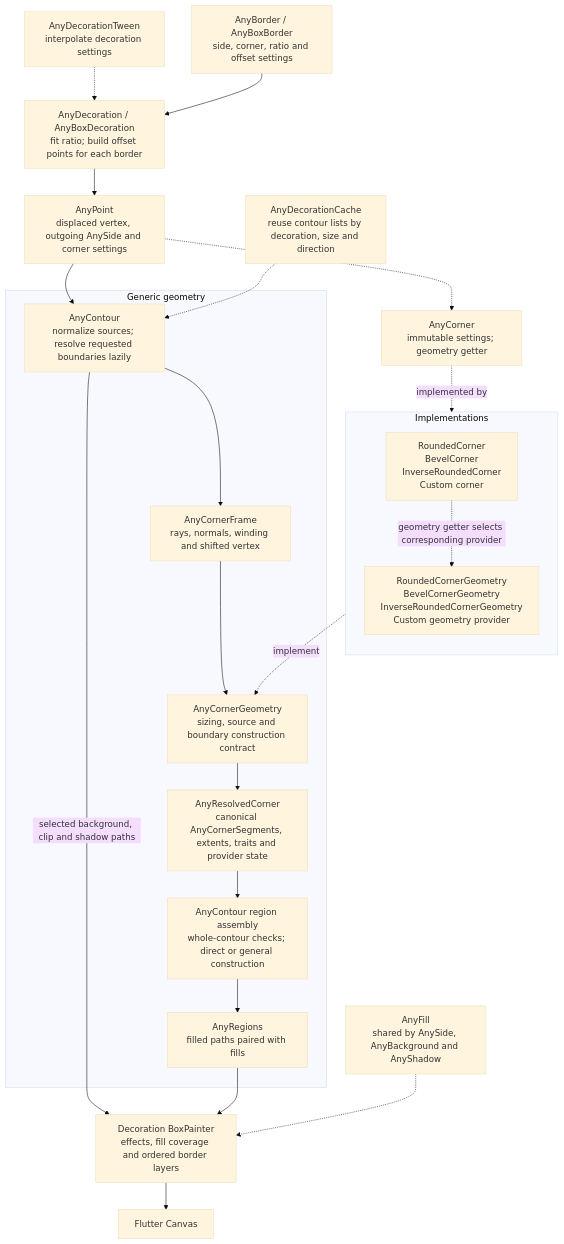
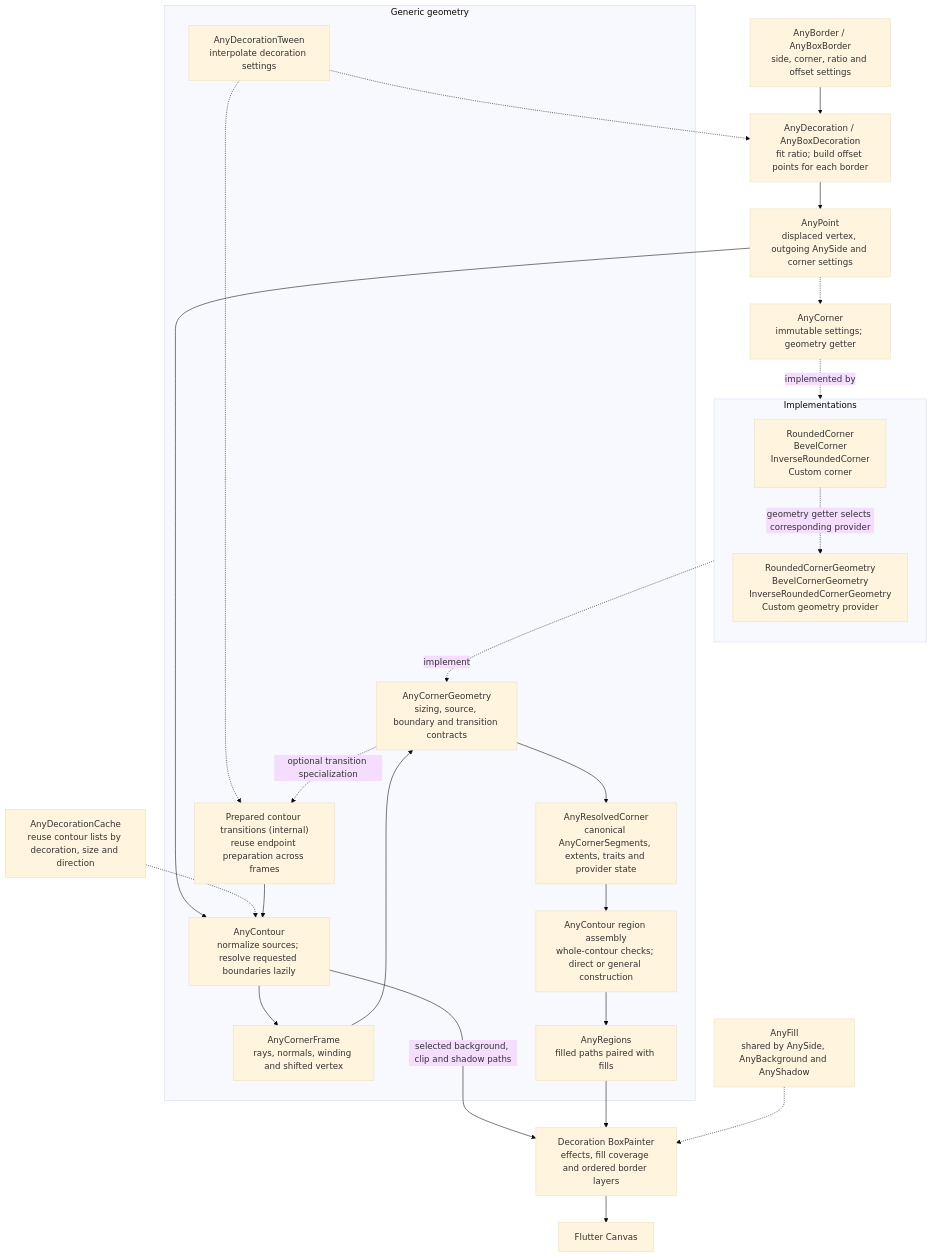
The diagram in README.md (andry-brill/a-borders), drawn with Mermaid (base theme) before and after one commit. The commit also changed other lines of this file and 21 other files, not shown here.

````diff
--- a/README.md
+++ b/README.md
@@ -50,34 +50,37 @@
 ```mermaid
 flowchart TB
   Tween["AnyDecorationTween<br/>interpolate decoration settings"] -.-> Decoration
   Decoration["AnyDecoration / AnyBoxDecoration<br/>fit ratio; build offset points for each border"]
   Border["AnyBorder / AnyBoxBorder<br/>side, corner, ratio and offset settings"] --> Decoration
   Decoration --> Points["AnyPoint<br/>displaced vertex, outgoing AnySide and corner settings"]
   Points --> Contour
   Cache["AnyDecorationCache<br/>reuse contour lists by decoration, size and direction"] -.-> Contour
 
   subgraph Core["Generic geometry"]
+    Prepared["Prepared contour transitions (internal)<br/>reuse endpoint preparation across frames"]
     Contour["AnyContour<br/>normalize sources; resolve requested boundaries lazily"]
+    Tween -.-> Prepared --> Contour
     Frame["AnyCornerFrame<br/>rays, normals, winding and shifted vertex"]
-    API["AnyCornerGeometry<br/>sizing, source and boundary construction contract"]
+    API["AnyCornerGeometry<br/>sizing, source, boundary and transition contracts"]
     Resolved["AnyResolvedCorner<br/>canonical AnyCornerSegments, extents, traits and provider state"]
     Assembly["AnyContour region assembly<br/>whole-contour checks; direct or general construction"]
     Regions["AnyRegions<br/>filled paths paired with fills"]
     Contour --> Frame --> API --> Resolved --> Assembly --> Regions
+    API -.->|optional transition specialization| Prepared
   end
 
   Corner["AnyCorner<br/>immutable settings; geometry getter"]
   Points -.-> Corner
   Corner -.->|implemented by| CornerTypes
   subgraph Providers["Implementations"]
     direction TB
     CornerTypes["RoundedCorner<br/>BevelCorner<br/>InverseRoundedCorner<br/>Custom corner"]
     GeometryTypes["RoundedCornerGeometry<br/>BevelCornerGeometry<br/>InverseRoundedCornerGeometry<br/>Custom geometry provider"]
     CornerTypes -.->|geometry getter selects corresponding provider| GeometryTypes
   end
   GeometryTypes -.->|implement| API
   Contour -->|selected background, clip and shadow paths| Painter
   Regions --> Painter["Decoration BoxPainter<br/>effects, fill coverage and ordered border layers"]
   Fills["AnyFill<br/>shared by AnySide, AnyBackground and AnyShadow"] -.-> Painter
   Painter --> Canvas["Flutter Canvas"]
 ```
````
